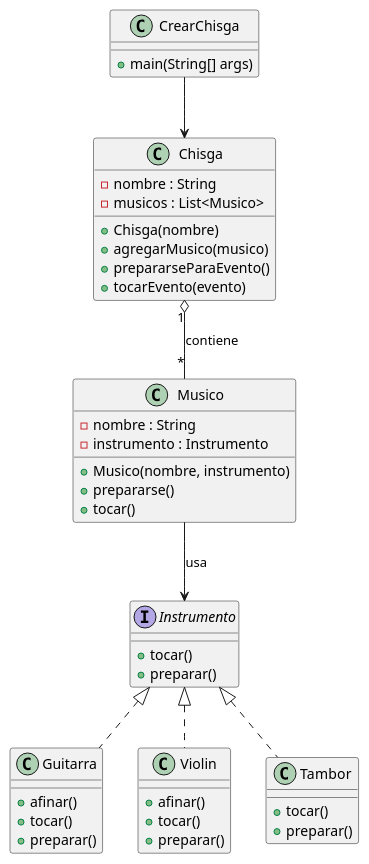
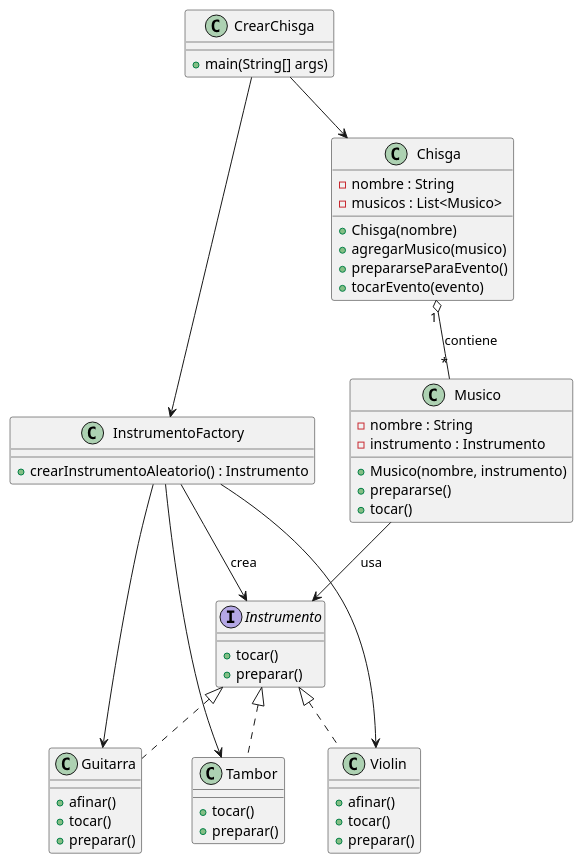
The diagram in README.md (JuanEspartan21/Chisgas), drawn with PlantUML before and after one commit.

Commit message:
Update UML diagram in README.md

```diff
--- a/README.md
+++ b/README.md
@@ -9,53 +9,69 @@
 @startuml
+
+' ---------------- INTERFACE ----------------
 interface Instrumento {
     +tocar()
     +preparar()
 }
 
+' ---------------- INSTRUMENTOS ----------------
 class Guitarra {
     +afinar()
     +tocar()
     +preparar()
 }
 
 class Violin {
     +afinar()
     +tocar()
     +preparar()
 }
 
 class Tambor {
     +tocar()
     +preparar()
 }
+
+class InstrumentoFactory {
+    +crearInstrumentoAleatorio() : Instrumento
+}
+' ---------------- MUSICO ----------------
 class Musico {
     -nombre : String
     -instrumento : Instrumento
     +Musico(nombre, instrumento)
     +prepararse()
     +tocar()
 }
 
+' ---------------- CHISGA ----------------
 class Chisga {
     -nombre : String
     -musicos : List<Musico>
     +Chisga(nombre)
     +agregarMusico(musico)
     +prepararseParaEvento()
     +tocarEvento(evento)
 }
 
 class CrearChisga {
 +main(String[] args)
 }
 
+' ---------------- RELACIONES ----------------
 
 Instrumento <|.. Guitarra
 Instrumento <|.. Violin
 Instrumento <|.. Tambor
 
 CrearChisga --> Chisga
+CrearChisga --> InstrumentoFactory
 Musico --> Instrumento : usa
 Chisga "1" o-- "*" Musico : contiene
 
+InstrumentoFactory --> Instrumento : crea
+InstrumentoFactory --> Guitarra
+InstrumentoFactory --> Violin
+InstrumentoFactory --> Tambor
+
 @enduml
```
